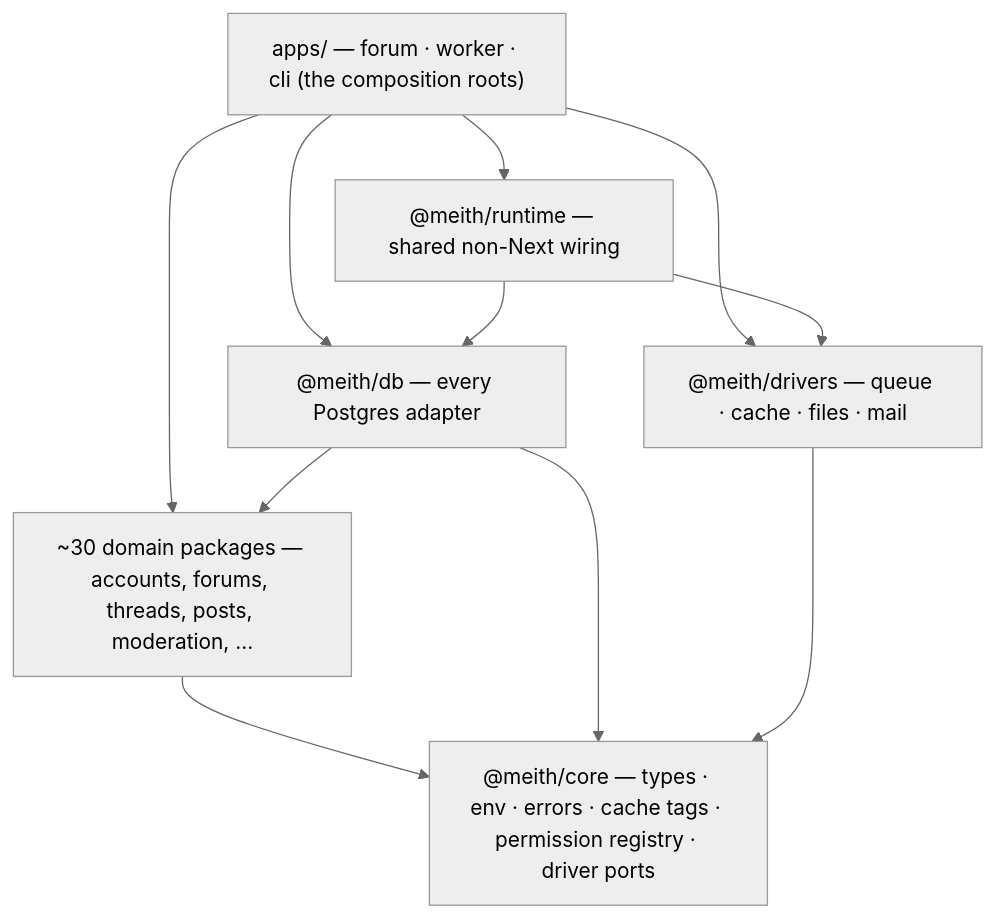
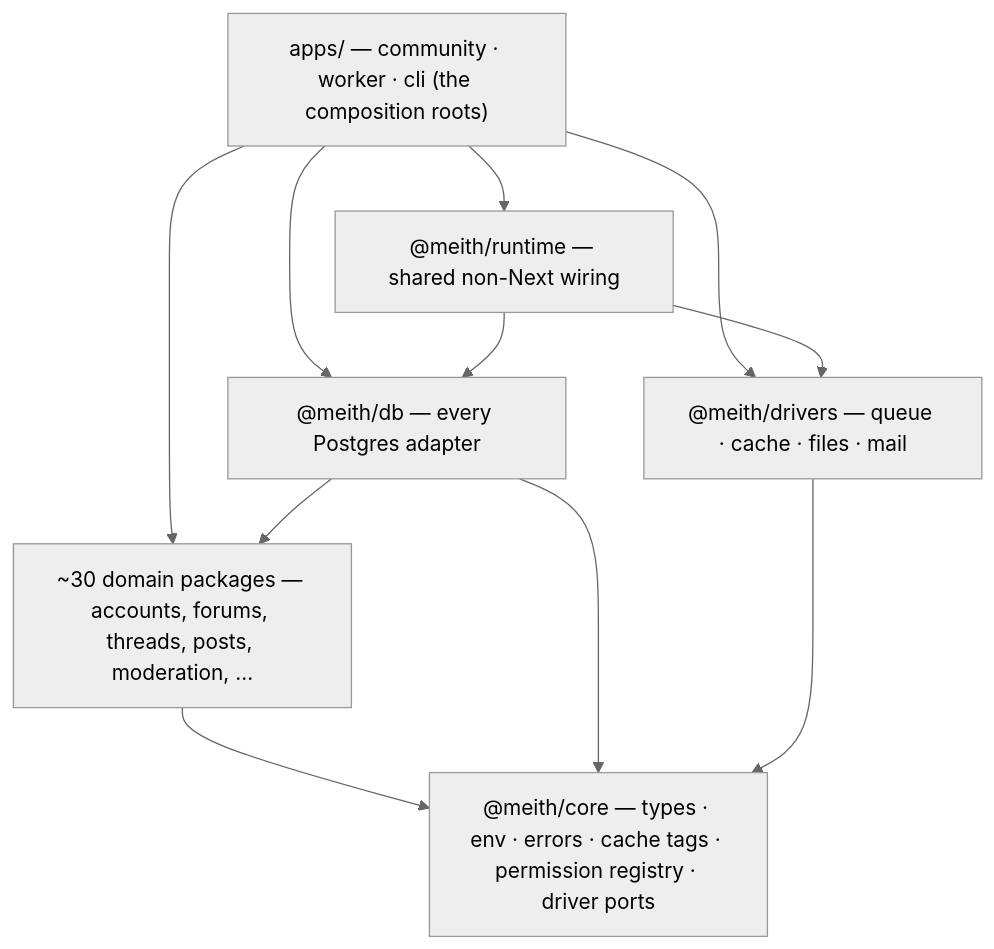
The second of 4 diagrams in docs/architecture.md (meith-dev/meith), drawn with Mermaid (neutral theme) before and after one commit. The commit also changed other lines of this file and 16 other files, not shown here.

````diff
--- a/docs/architecture.md
+++ b/docs/architecture.md
@@ -80,19 +77,19 @@
 ```mermaid
 flowchart TD
-    apps["apps/ — forum · worker · cli (the composition roots)"]
+    apps["apps/ — community · worker · cli (the composition roots)"]
     runtime["@meith/runtime — shared non-Next wiring"]
     db["@meith/db — every Postgres adapter"]
     drivers["@meith/drivers — queue · cache · files · mail"]
     domain["~30 domain packages — accounts, forums, threads, posts, moderation, …"]
     core["@meith/core — types · env · errors · cache tags · permission registry · driver ports"]
     apps --> runtime
     apps --> db
     apps --> drivers
     apps --> domain
     runtime --> db
     runtime --> drivers
     db --> domain
     domain --> core
     db --> core
     drivers --> core
 ```
````
